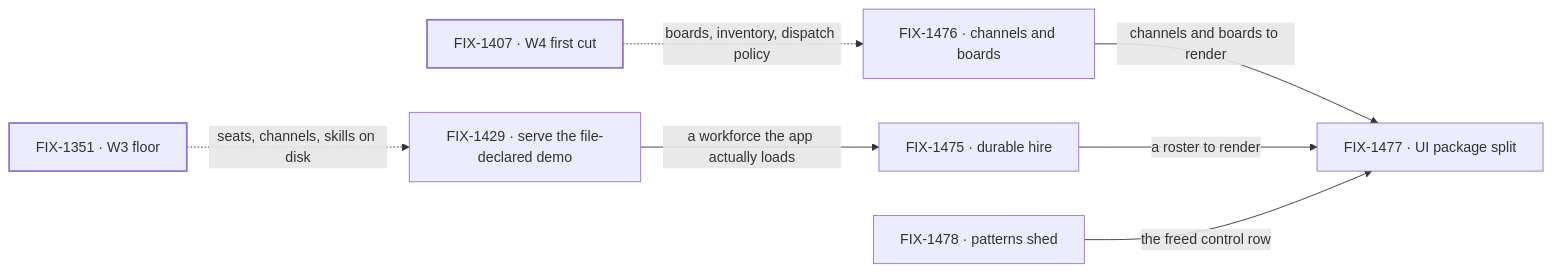
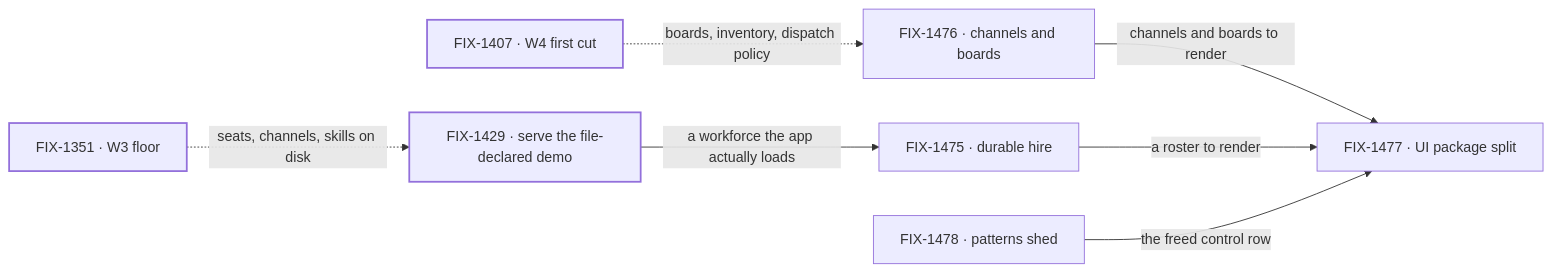
One commit to fixpoint-labs/flow-state-dev changed the diagram in specs/epics/FIX-1455/SPEC.md. Above: the diagram before and after it, drawn with Mermaid. The commit also changed other lines of this file and 3 other files, not shown here.

````diff
--- a/specs/epics/FIX-1455/SPEC.md
+++ b/specs/epics/FIX-1455/SPEC.md
@@ -80,12 +82,12 @@
 ```mermaid
 flowchart LR
   A["FIX-1429 · serve the file-declared demo"] -->|"a workforce the app actually loads"| B["FIX-1475 · durable hire"]
   C["FIX-1476 · channels and boards"] -->|"channels and boards to render"| D["FIX-1477 · UI package split"]
   B -->|"a roster to render"| D
   E["FIX-1478 · patterns shed"] -->|"the freed control row"| D
   W3["FIX-1351 · W3 floor"] -.->|"seats, channels, skills on disk"| A
   W4["FIX-1407 · W4 first cut"] -.->|"boards, inventory, dispatch policy"| C
   classDef done stroke-width:2px
   classDef proposed stroke-dasharray:4 3
-  class W3,W4 done
+  class A,W3,W4 done
 ```
````
